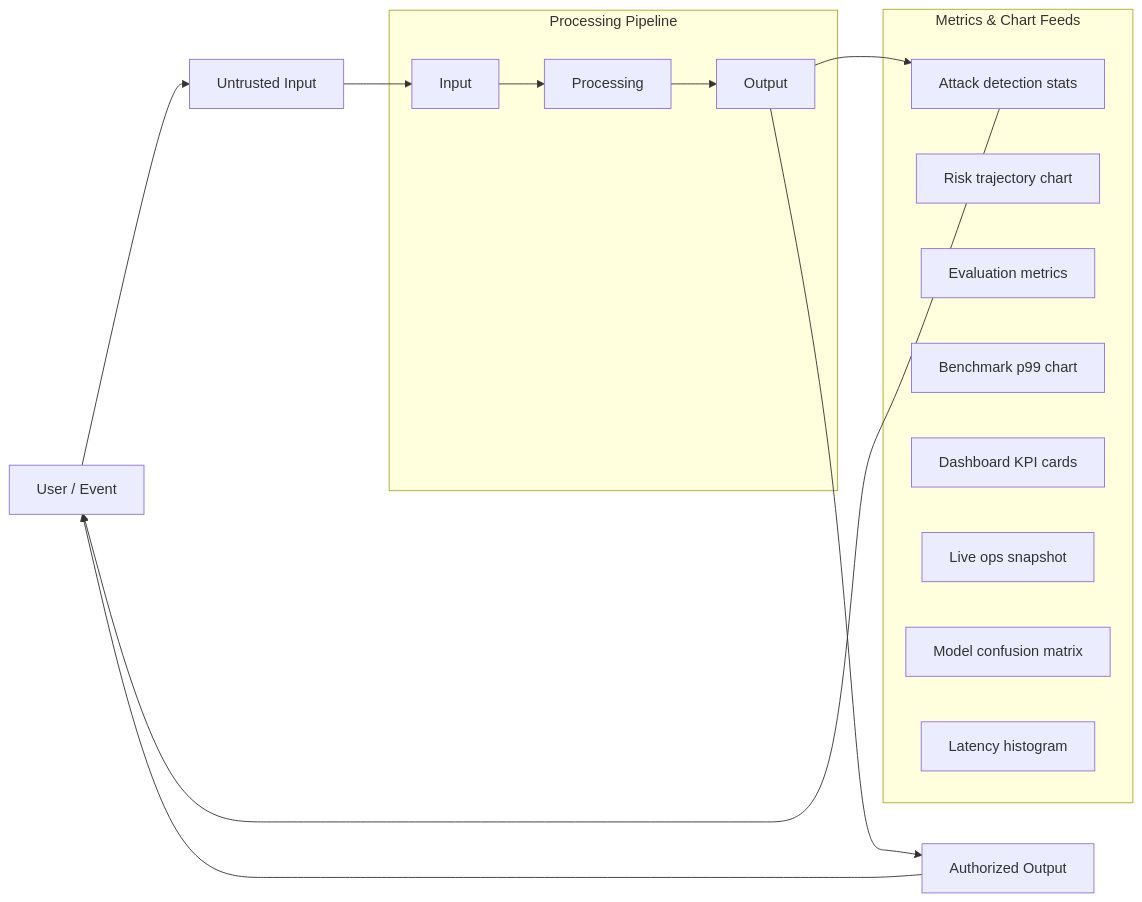
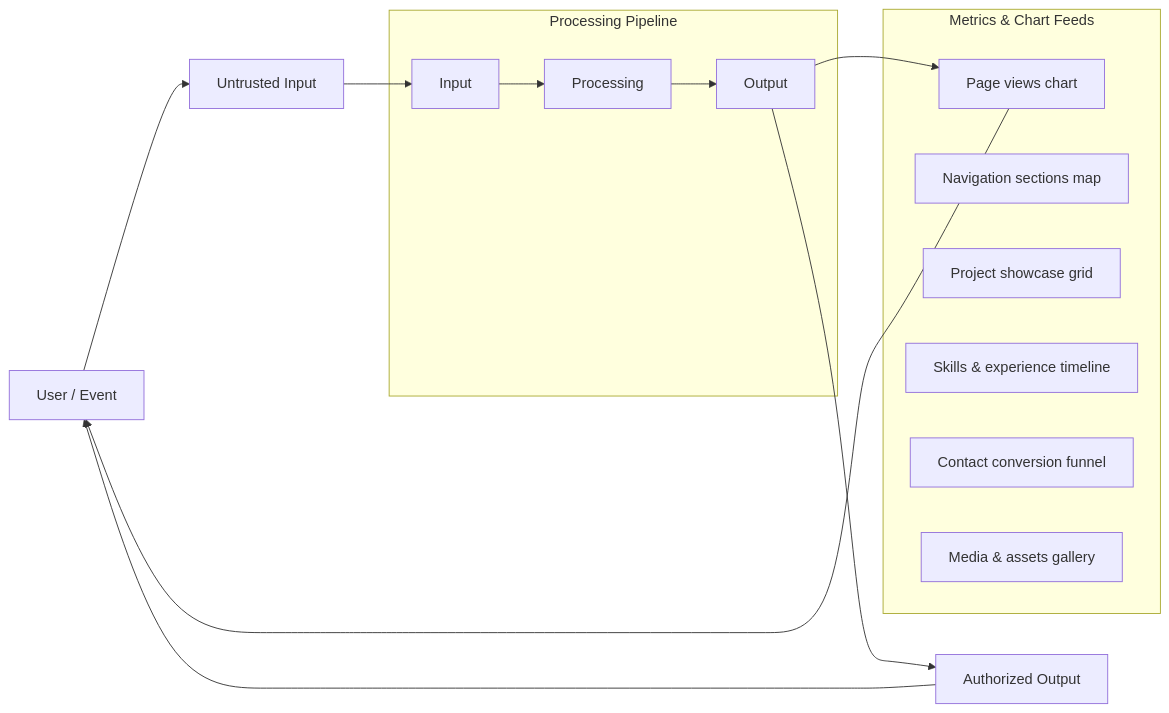
The second of 4 diagrams in README.md (Punyamittal/porto), drawn with Mermaid before and after one commit. The commit also changed other lines of this file, not shown here.

````diff
--- a/README.md
+++ b/README.md
@@ -140,29 +169,27 @@
 ```mermaid
 flowchart LR
     U["User / Event"] --> IN["Untrusted Input"]
 
     subgraph Pipeline["Processing Pipeline"]
         p0["Input"]
         p1["Processing"]
         p2["Output"]
         p0 --> p1
         p1 --> p2
     end
 
     subgraph Metrics["Metrics & Chart Feeds"]
-        attack_stats["Attack detection stats"]
-        risk_trajectory["Risk trajectory chart"]
-        eval_metrics["Evaluation metrics"]
-        benchmark_p99["Benchmark p99 chart"]
-        dashboard_kpis["Dashboard KPI cards"]
-        ops_snapshot["Live ops snapshot"]
-        confusion_matrix["Model confusion matrix"]
-        latency_hist["Latency histogram"]
+        page_views["Page views chart"]
+        nav_sections["Navigation sections map"]
+        project_showcase["Project showcase grid"]
+        skills_timeline["Skills & experience timeline"]
+        contact_funnel["Contact conversion funnel"]
+        media_gallery["Media & assets gallery"]
     end
 
     IN --> p0
     p2 --> OUT["Authorized Output"]
     OUT --> U
-    p2 --> attack_stats
-    attack_stats --> U
+    p2 --> page_views
+    page_views --> U
 ```
````
